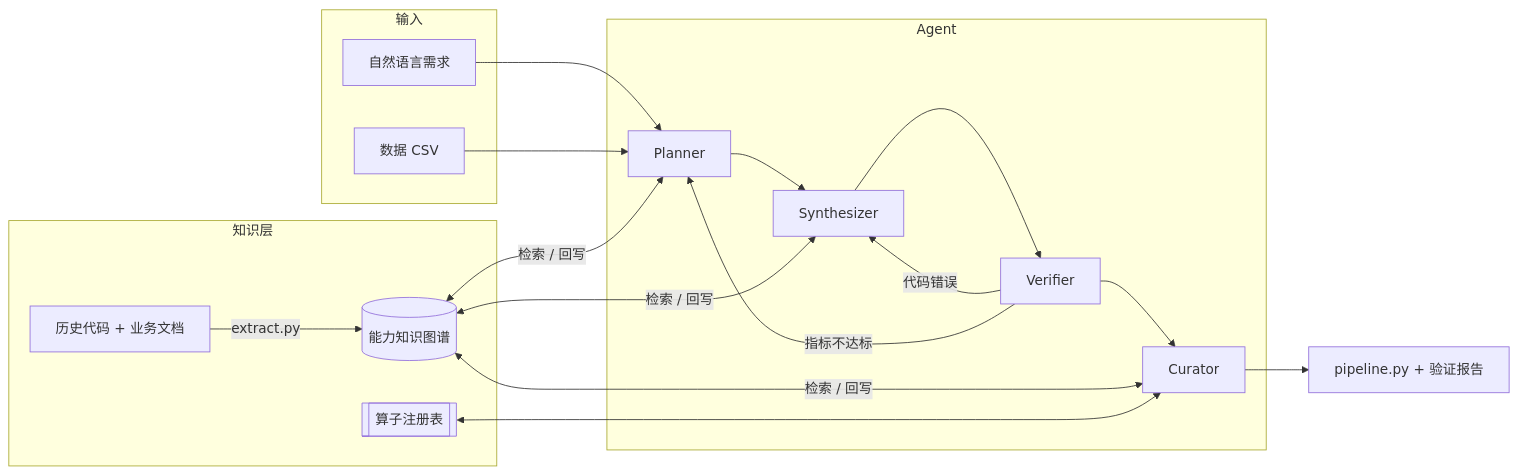
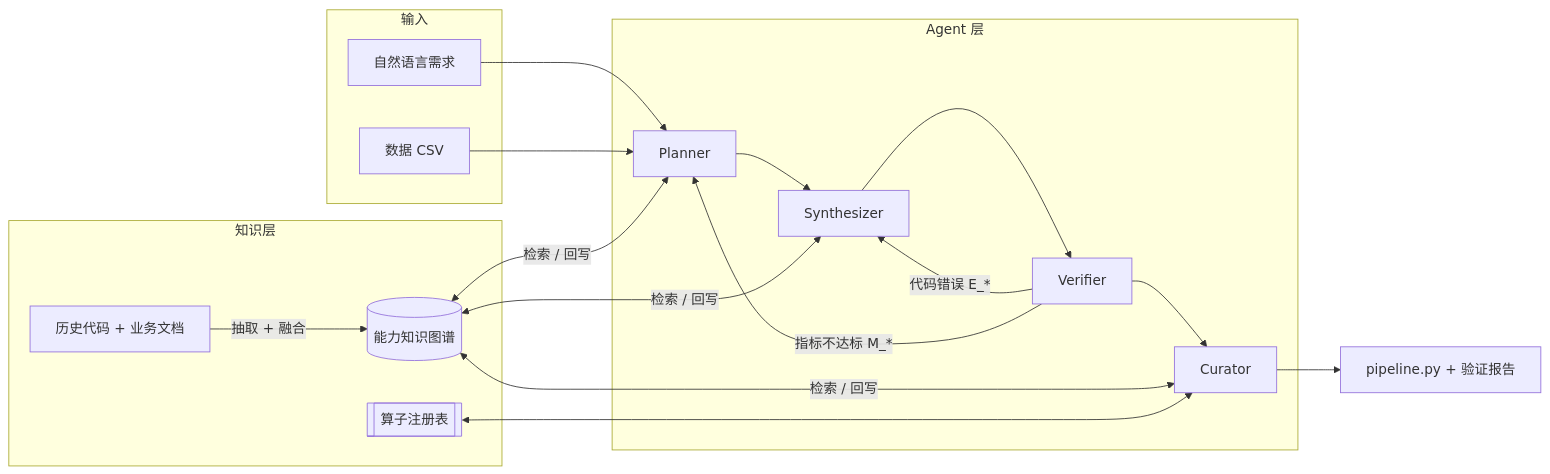
The first of 2 diagrams in README.md (tan-jiaqi/AlgoForge), drawn with Mermaid before and after one commit. The commit also changed other lines of this file and 5 other files, not shown here.

````diff
--- a/README.md
+++ b/README.md
@@ -66,19 +124,19 @@
 ```mermaid
 flowchart LR
     subgraph 输入
         NL[自然语言需求] & CSV[数据 CSV]
     end
     subgraph 知识层
-        MAT[历史代码 + 业务文档] -->|extract.py| KG[(能力知识图谱)]
+        MAT[历史代码 + 业务文档] -->|抽取 + 融合| KG[(能力知识图谱)]
         REG[[算子注册表]]
     end
-    subgraph Agent
+    subgraph Agent 层
         PL[Planner] --> SY[Synthesizer] --> VE[Verifier] --> CU[Curator]
-        VE -- 代码错误 --> SY
-        VE -- 指标不达标 --> PL
+        VE -- 代码错误 E_* --> SY
+        VE -- 指标不达标 M_* --> PL
     end
     NL & CSV --> PL
     KG <-->|检索 / 回写| PL & SY & CU
     REG <--> CU
     CU --> OUT[pipeline.py + 验证报告]
 ```
````
